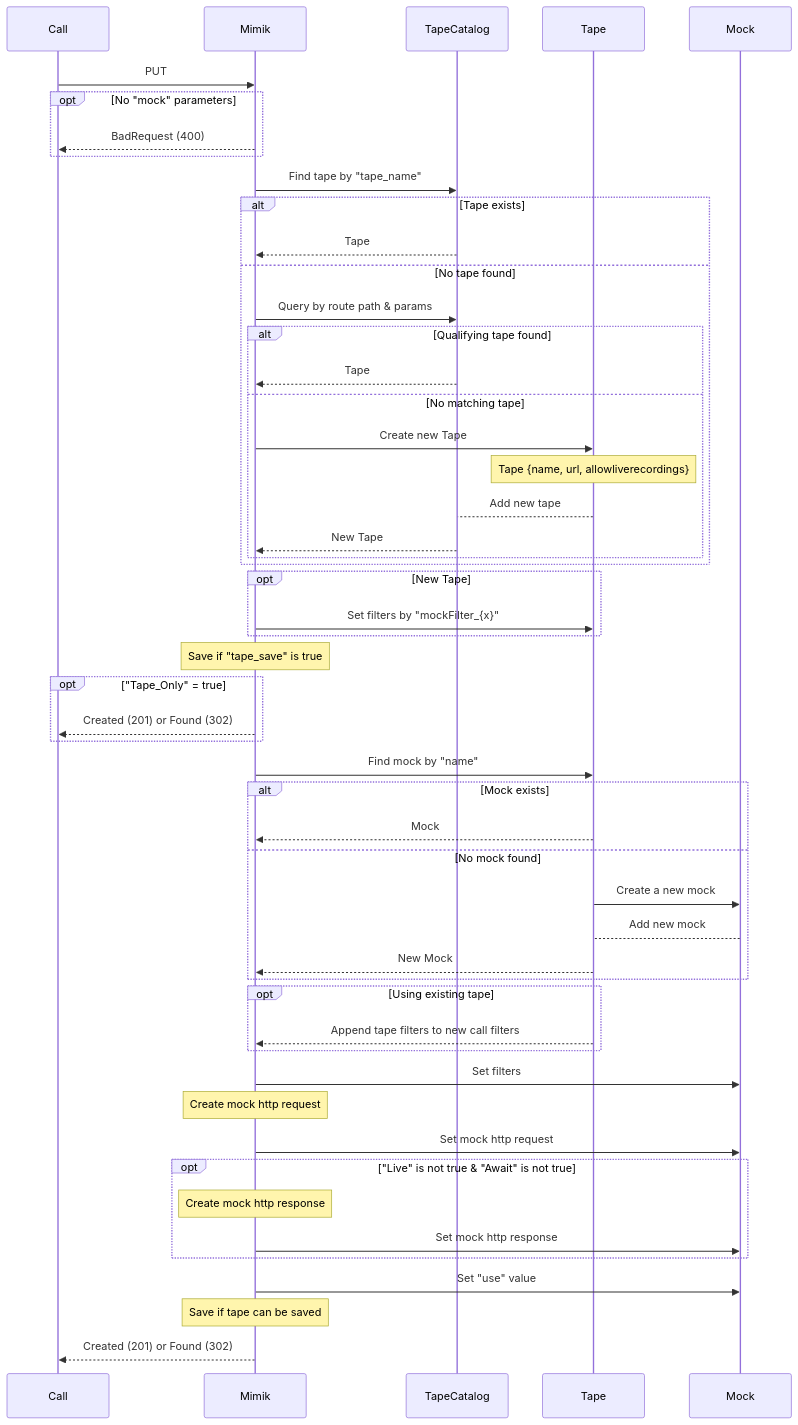
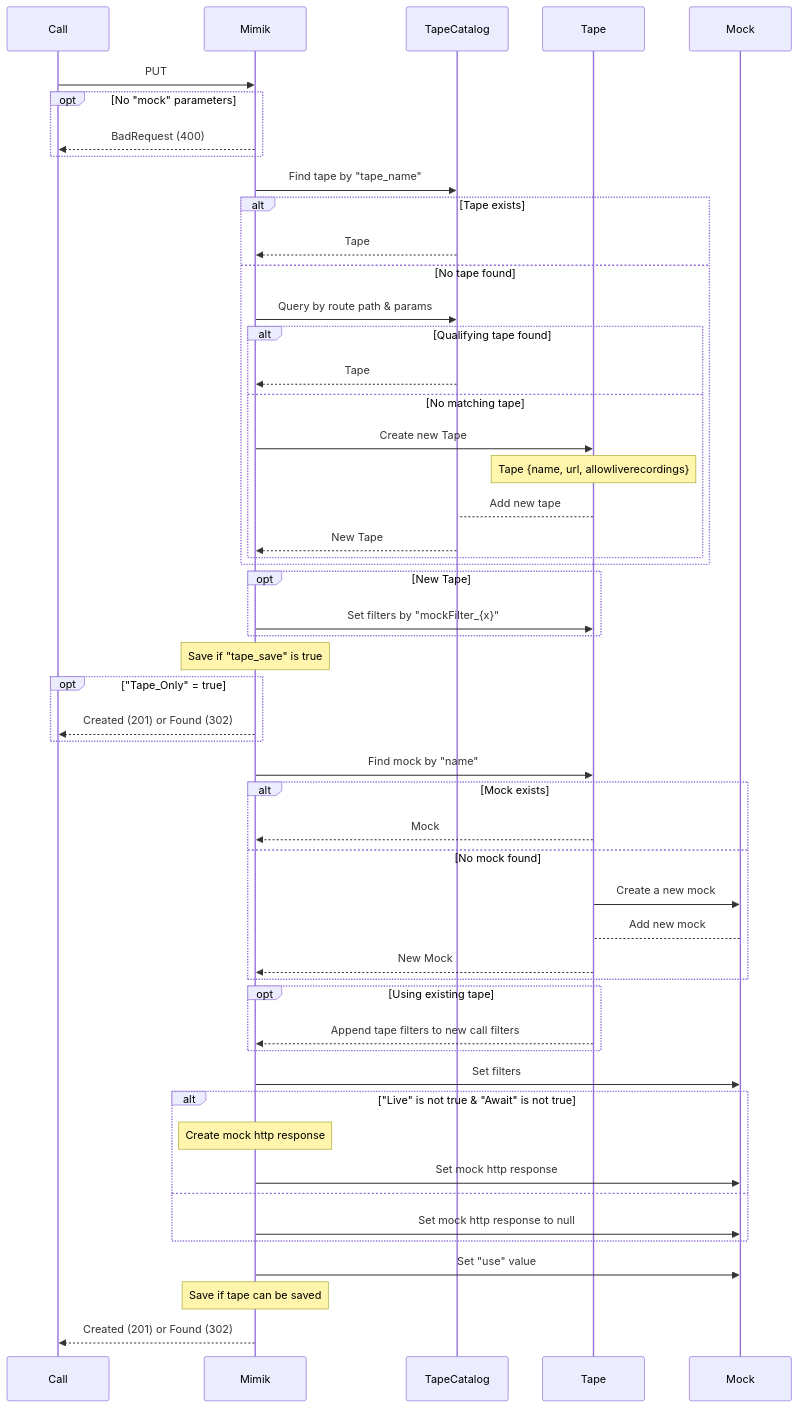
The first of 2 diagrams in Docs/actionCharts.md (migueln1987/Mimik-1), drawn with Mermaid before and after one commit. The commit also changed other lines of this file, not shown here.

Commit message:
- Updated action chart

````diff
--- a/Docs/actionCharts.md
+++ b/Docs/actionCharts.md
@@ -5,62 +4,62 @@
 ```mermaid
 sequenceDiagram
 participant in as Call
 participant m as Mimik
 participant g as TapeCatalog
 participant t as Tape
 participant c as Mock
 
 in->>m: PUT
 opt No "mock" parameters
 	m-->>in: BadRequest (400)
 end
 
 m->>g: Find tape by "tape_name"
 alt Tape exists
 	g-->>m: Tape
 else No tape found
 	m->>g: Query by route path & params
 	alt Qualifying tape found
 		g-->>m: Tape
 	else No matching tape
 		m->>t: Create new Tape
 		Note over t: Tape {name, url, allowliverecordings}
 		t-->g: Add new tape
 		g-->>m: New Tape
 	end
 end
 opt New Tape
 	m->>t: Set filters by "mockFilter_{x}"
 end
 Note over m: Save if "tape_save" is true
 
 opt "Tape_Only" = true
 	m-->>in: Created (201) or Found (302)
 end
 
 m->>t: Find mock by "name"
 alt Mock exists
 	t-->>m: Mock
 else No mock found
 	t->>c: Create a new mock
 	c-->t: Add new mock
 	t-->>m: New Mock
 end
 
 opt Using existing tape
 	t-->>m: Append tape filters to new call filters
 end
 m->>c: Set filters
-Note over m: Create mock http request
-m->>c: Set mock http request
 
-opt "Live" is not true & "Await" is not true
+alt "Live" is not true & "Await" is not true
 	Note over m: Create mock http response
 	m->>c: Set mock http response
+else
+	m->>c: Set mock http response to null
 end
 
 m->>c: Set "use" value
 Note over m: Save if tape can be saved
 
 m-->>in: Created (201) or Found (302)
 ```
````
